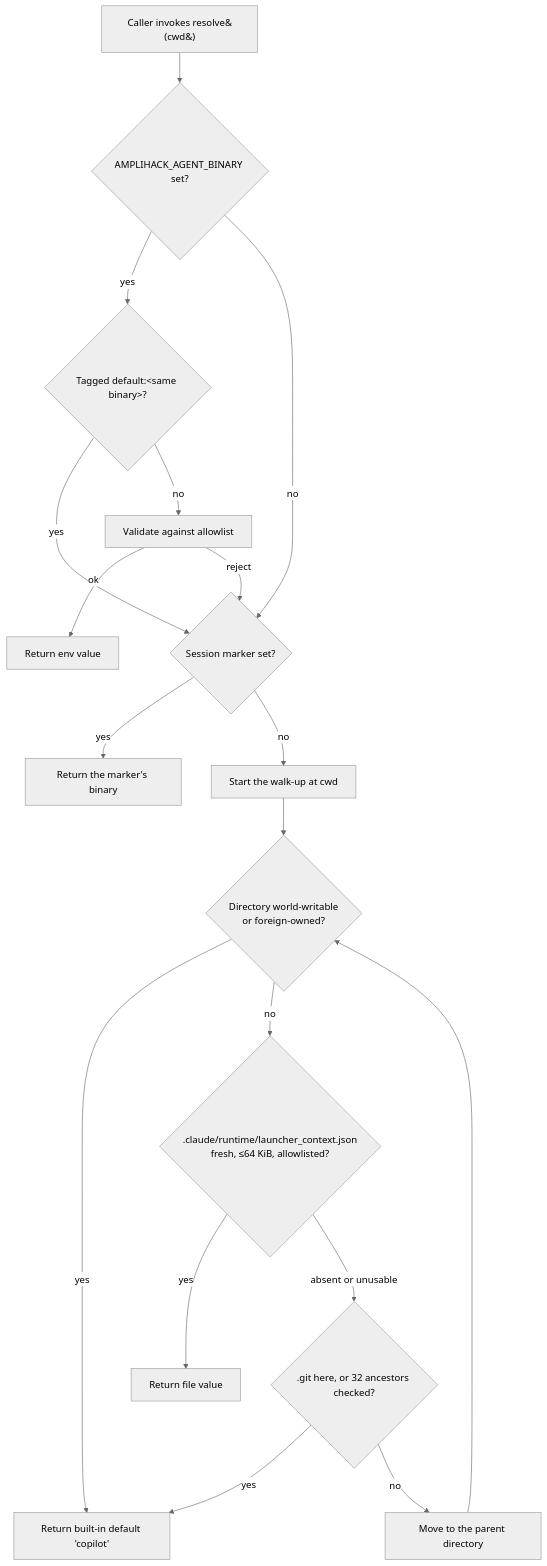
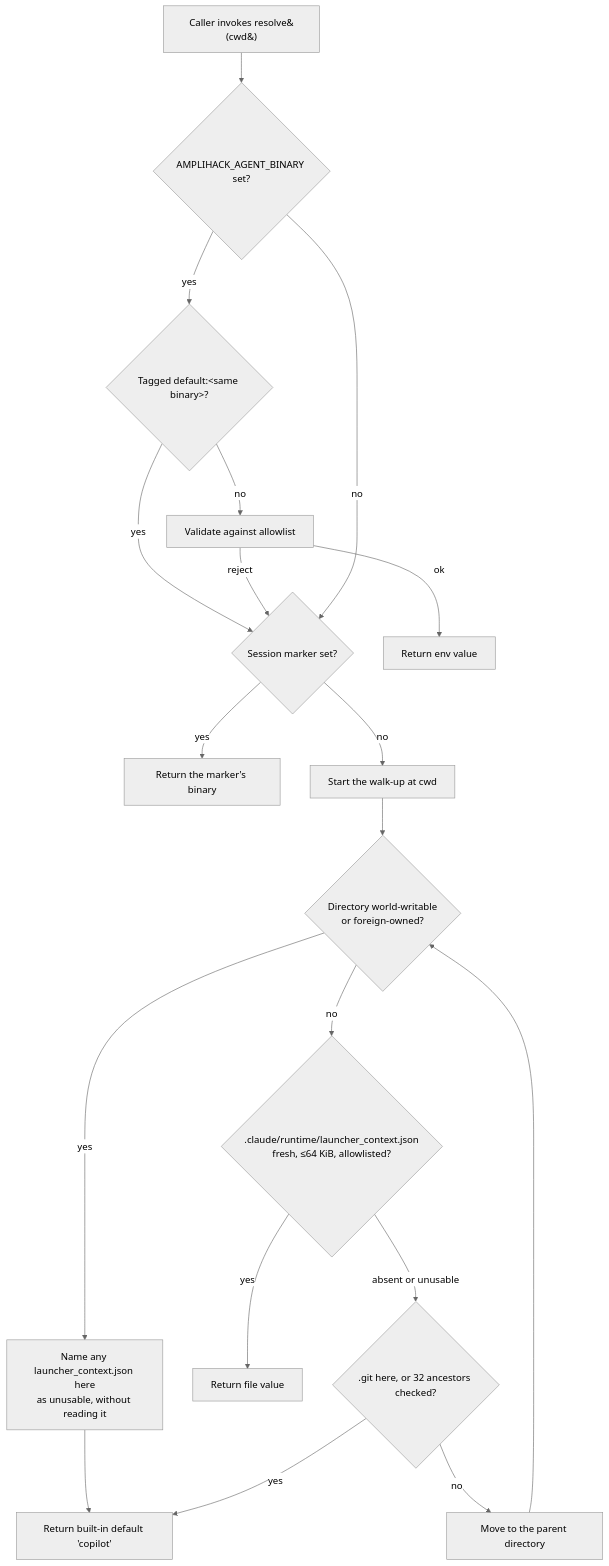
One commit to rysweet/amplihack-rs changed the first of 2 diagrams in docs/concepts/agent-binary-routing.md. Above: the diagram before and after it, drawn with Mermaid (neutral theme). The commit also changed other lines of this file and 5 other files, not shown here.

````diff
--- a/docs/concepts/agent-binary-routing.md
+++ b/docs/concepts/agent-binary-routing.md
@@ -62,19 +62,19 @@
 ```mermaid
 flowchart TD
     A[Caller invokes resolve&#40;cwd&#41;] --> B{AMPLIHACK_AGENT_BINARY set?}
     B -- yes --> T{Tagged default:&lt;same binary&gt;?}
     T -- yes --> M
     T -- no --> V1[Validate against allowlist]
     V1 -- ok --> R1[Return env value]
     V1 -- reject --> M
     B -- no --> M{Session marker set?}
     M -- yes --> R2[Return the marker's binary]
     M -- no --> L1[Start the walk-up at cwd]
     L1 --> U{Directory world-writable<br/>or foreign-owned?}
-    U -- yes --> D
+    U -- yes --> N[Name any launcher_context.json here<br/>as unusable, without reading it] --> D
     U -- no --> F{.claude/runtime/launcher_context.json<br/>fresh, ≤64 KiB, allowlisted?}
     F -- yes --> R3[Return file value]
     F -- absent or unusable --> G{.git here, or 32 ancestors checked?}
     G -- yes --> D[Return built-in default 'copilot']
     G -- no --> L2[Move to the parent directory] --> U
 ```
````
